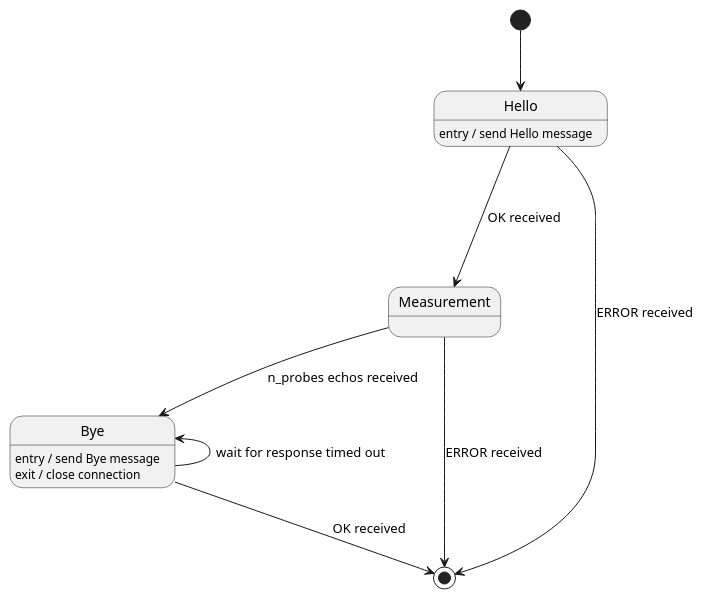
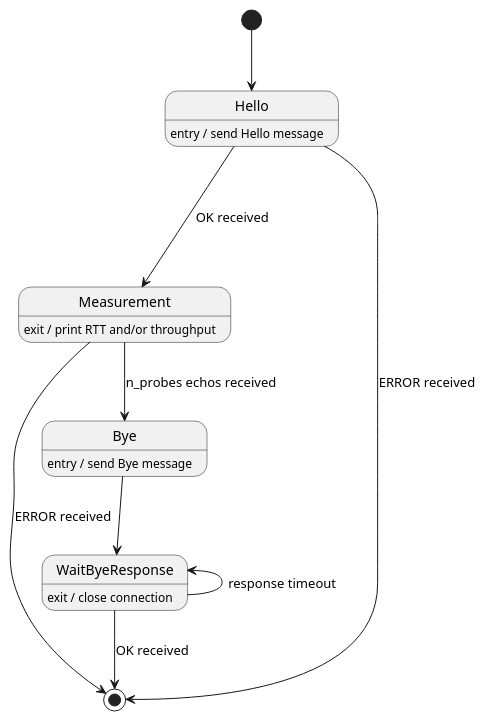
One commit to mattiamari/unibo-rtt-tester changed the diagram in design/client.puml. Above: the diagram before and after it, drawn with PlantUML. The commit also changed 1 other file, not shown here.

```diff
--- a/design/client.puml
+++ b/design/client.puml
@@ -1,19 +1,23 @@
 @startuml client-states
 
 [*] --> Hello
 
 Hello : entry / send Hello message
 
 Hello ---> Measurement : OK received
 Hello --> [*] : ERROR received
 
 Measurement --> Bye : n_probes echos received
 Measurement --> [*] : ERROR received
 
+Measurement : exit / print RTT and/or throughput
+
+Bye --> WaitByeResponse
+
 Bye : entry / send Bye message
-Bye : exit / close connection
+WaitByeResponse : exit / close connection
 
-Bye --> [*] : OK received
-Bye -up-> Bye : wait for response timed out
+WaitByeResponse --> [*] : OK received
+WaitByeResponse -up-> WaitByeResponse : response timeout
 
-@endumls
+@enduml
```
